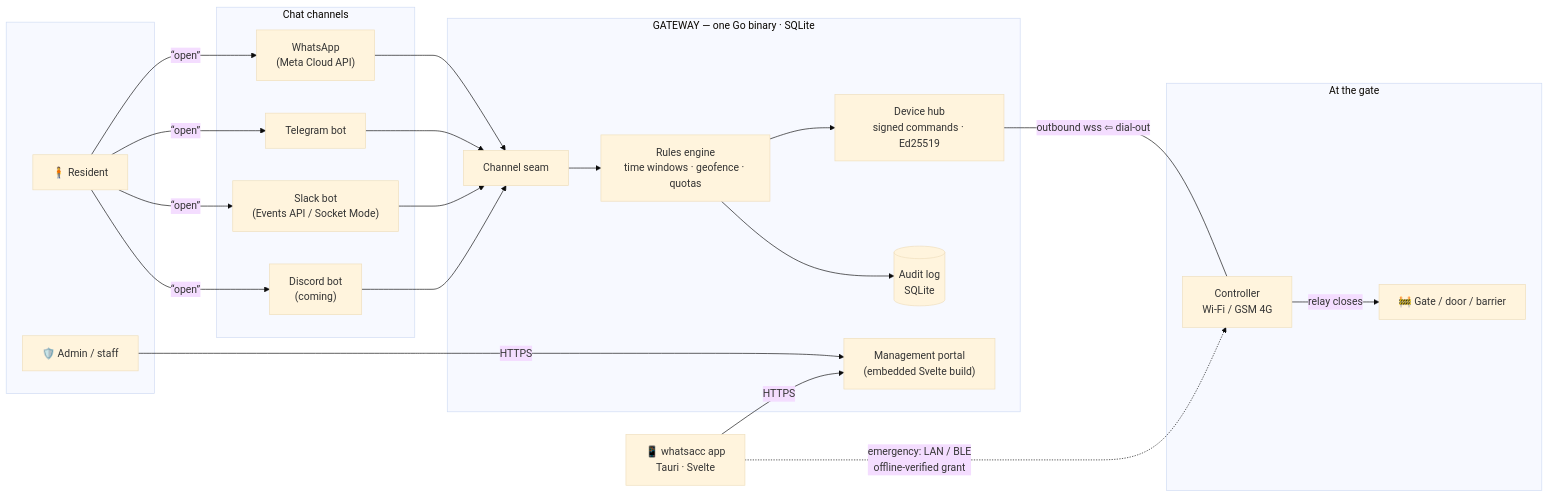
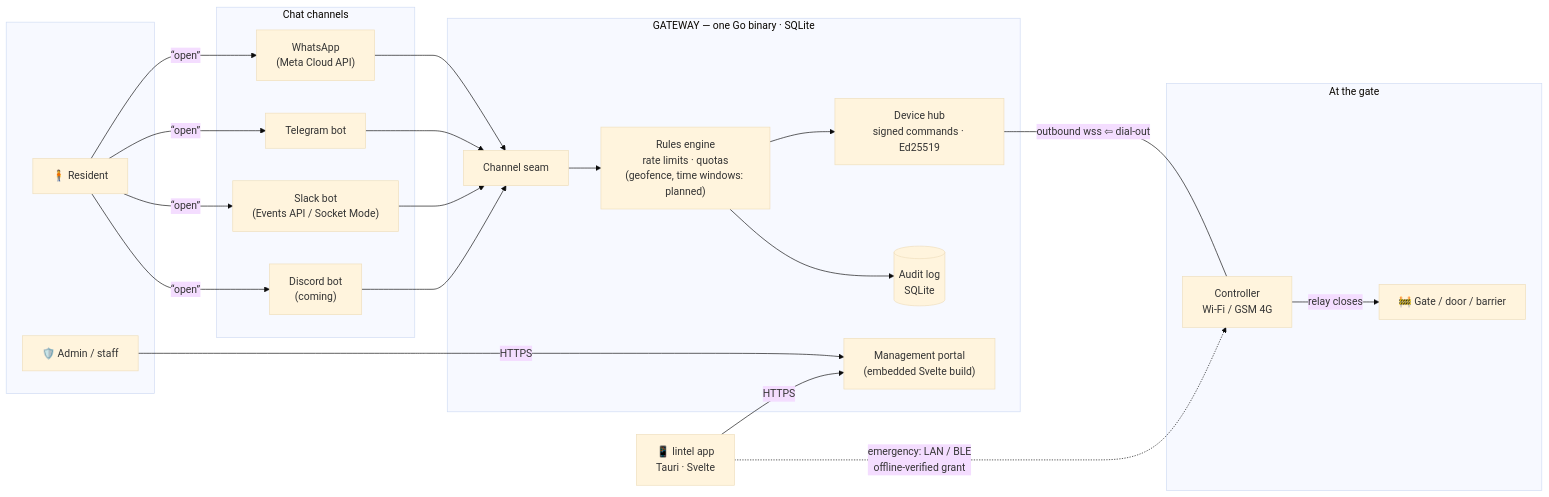
The first of 3 diagrams in ARCHITECTURE.md (vul-os/whatsacc), drawn with Mermaid (base theme) before and after one commit. The commit also changed other lines of this file and 26 other files, not shown here.

````diff
--- a/ARCHITECTURE.md
+++ b/ARCHITECTURE.md
@@ -17,40 +17,40 @@
 ```mermaid
 flowchart LR
     subgraph people [" "]
         R["🧍 Resident"]
         A["🛡️ Admin / staff"]
     end
 
     subgraph channels ["Chat channels"]
         WA["WhatsApp<br/>(Meta Cloud API)"]
         TG["Telegram bot"]
         SL["Slack bot<br/>(Events API / Socket Mode)"]
         DC["Discord bot<br/>(coming)"]
     end
 
     subgraph gw ["GATEWAY — one Go binary · SQLite"]
         CH["Channel seam"]
-        RE["Rules engine<br/>time windows · geofence · quotas"]
+        RE["Rules engine<br/>rate limits · quotas<br/>(geofence, time windows: planned)"]
         PORTAL["Management portal<br/>(embedded Svelte build)"]
         HUB["Device hub<br/>signed commands · Ed25519"]
         AUD[("Audit log<br/>SQLite")]
     end
 
     subgraph site ["At the gate"]
         C["Controller<br/>Wi-Fi / GSM 4G"]
         G["🚧 Gate / door / barrier"]
     end
 
-    APP["📱 whatsacc app<br/>Tauri · Svelte"]
+    APP["📱 lintel app<br/>Tauri · Svelte"]
 
     R -- "“open”" --> WA & TG & SL & DC
     WA & TG & SL & DC --> CH
     CH --> RE
     A -- HTTPS --> PORTAL
     APP -- HTTPS --> PORTAL
     RE --> HUB
     RE --> AUD
     HUB -- "outbound wss ⇦ dial-out" --- C
     C -- relay closes --> G
     APP -. "emergency: LAN / BLE<br/>offline-verified grant" .-> C
 ```
````
